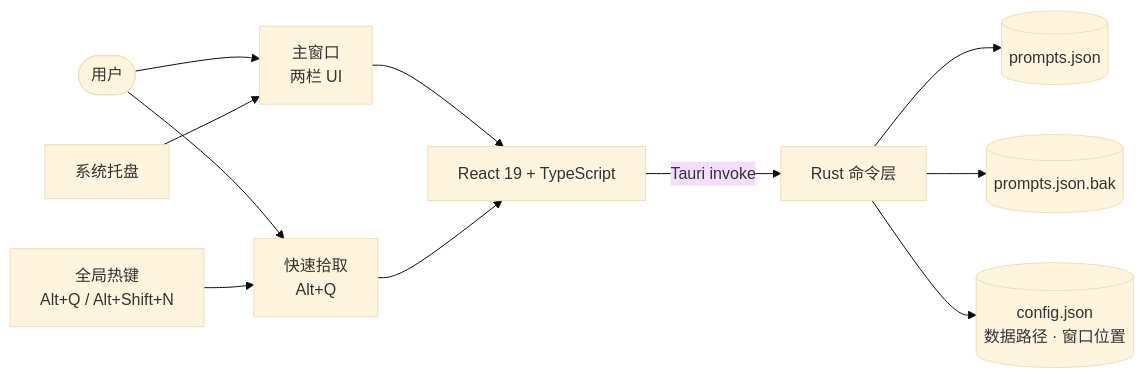
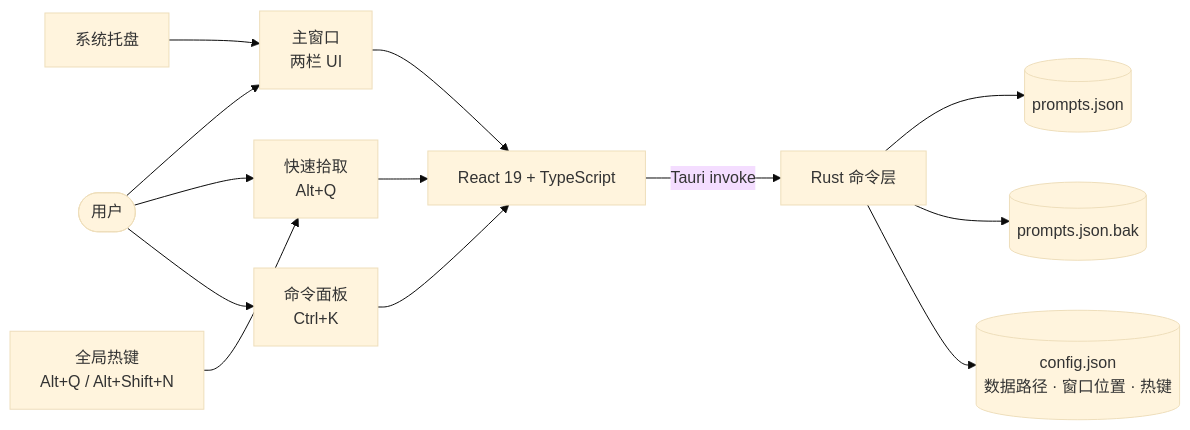
One commit to zklmiao/prompt-vault changed the diagram in README.md. Above: the diagram before and after it, drawn with Mermaid (base theme). The commit also changed other lines of this file and 3 other files, not shown here.

Commit message:
docs: README 同步 0.1.9 功能与界面截图

````diff
--- a/README.md
+++ b/README.md
@@ -155,16 +165,18 @@
 ```mermaid
 flowchart LR
   U([用户]) --> M["主窗口<br/>两栏 UI"]
   U --> Q["快速拾取<br/>Alt+Q"]
+  U --> P["命令面板<br/>Ctrl+K"]
 
   M --> F["React 19 + TypeScript"]
   Q --> F
+  P --> F
 
   F -- "Tauri invoke" --> R["Rust 命令层"]
   R --> D[("prompts.json")]
   R --> B[("prompts.json.bak")]
-  R --> C[("config.json<br/>数据路径 · 窗口位置")]
+  R --> C[("config.json<br/>数据路径 · 窗口位置 · 热键")]
 
   H["全局热键<br/>Alt+Q / Alt+Shift+N"] --> Q
   T["系统托盘"] --> M
 ```
````
